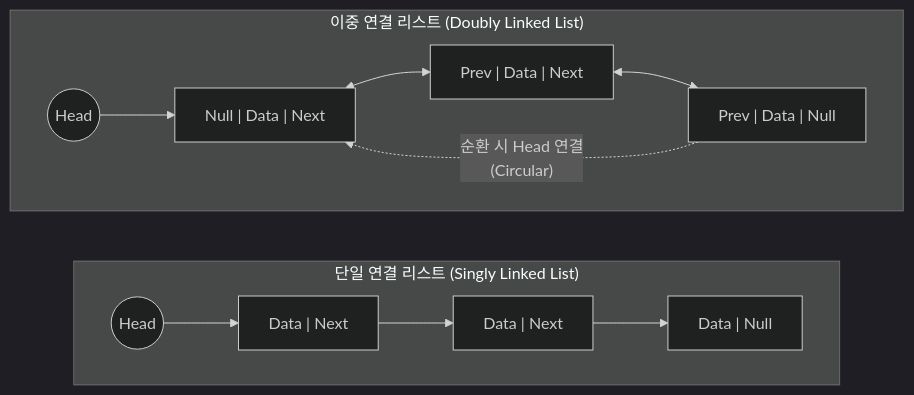
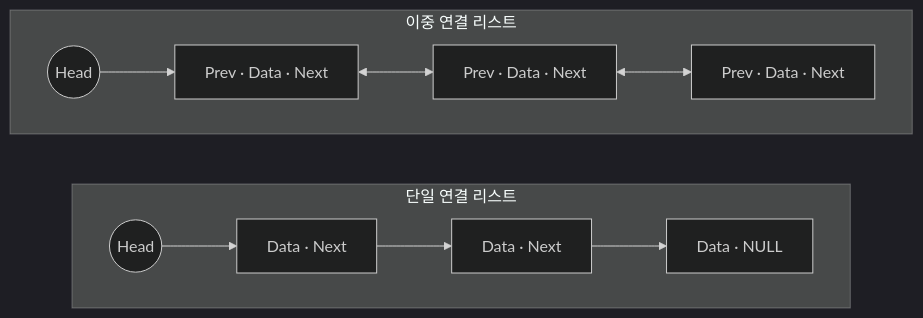
One commit to supremethumb/supremethumb.github.io changed the diagram in content/01_IT Tech/링크드 리스트.md. Above: the diagram before and after it, drawn with Mermaid (dark theme). The commit also changed other lines of this file and 1087 other files, not shown here.

````diff
--- a/content/01_IT Tech/링크드 리스트.md
+++ b/content/01_IT Tech/링크드 리스트.md
@@ -27,18 +35,13 @@
 ```mermaid
 flowchart LR
-    subgraph Singly ["단일 연결 리스트 (Singly Linked List)"]
+    subgraph S["단일 연결 리스트"]
         direction LR
-        Head1((Head)) --> N1["Data | Next"]
-        N1 --> N2["Data | Next"]
-        N2 --> N3["Data | Null"]
+        H1(("Head")) --> A1["Data · Next"] --> A2["Data · Next"] --> A3["Data · NULL"]
     end
-
-    subgraph Doubly ["이중 연결 리스트 (Doubly Linked List)"]
+    subgraph D["이중 연결 리스트"]
         direction LR
-        Head2((Head)) --> D1["Null | Data | Next"]
-        D1 <--> D2["Prev | Data | Next"]
-        D2 <--> D3["Prev | Data | Null"]
-        D3 -. "순환 시 Head 연결<br/>(Circular)" .-> D1
+        H2(("Head")) --> B1["Prev · Data · Next"]
+        B1 <--> B2["Prev · Data · Next"]
+        B2 <--> B3["Prev · Data · Next"]
     end
-
 ```
````
